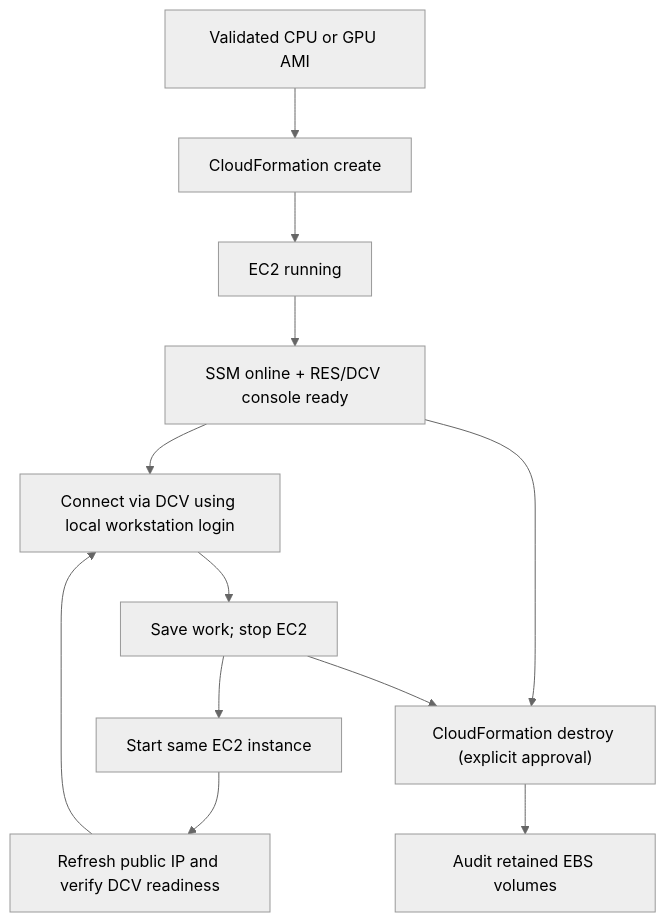
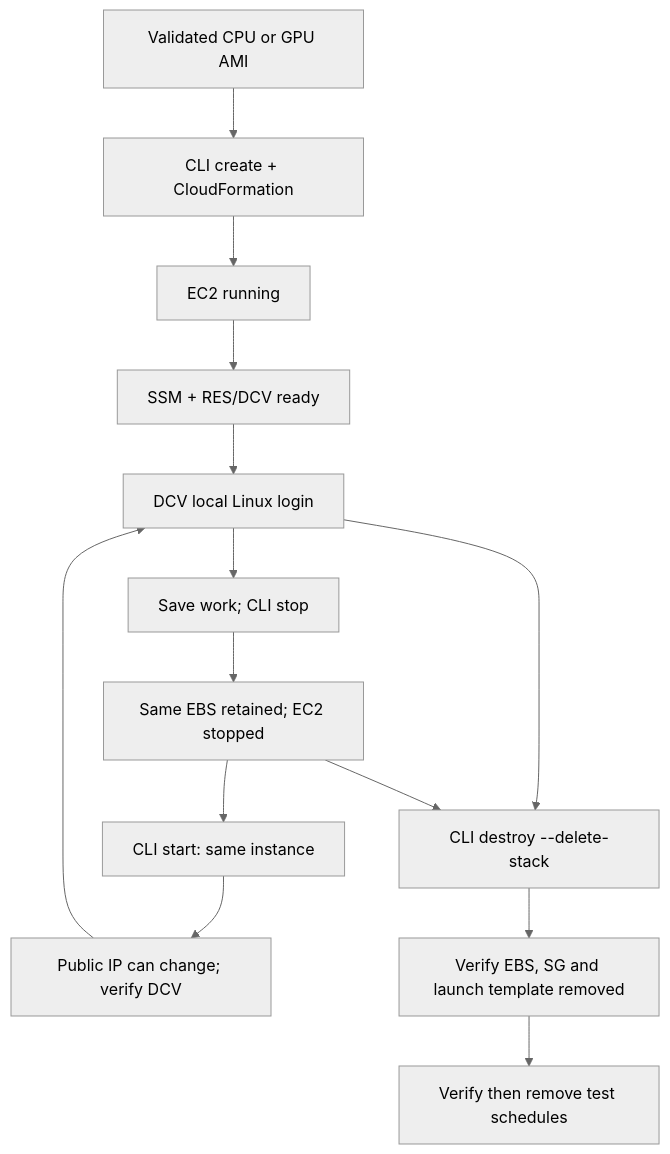
Before and after one commit to vision-kwest/studio-workstation: the diagram in docs/workstation-lifecycle-visual.md, drawn with Mermaid (neutral theme). The commit also changed other lines of this file and 37 other files, not shown here.

First line of the commit message:
docs: update all guides after GPU CLI PR #65 acceptance

````diff
--- a/docs/workstation-lifecycle-visual.md
+++ b/docs/workstation-lifecycle-visual.md
@@ -5,14 +5,16 @@
 ```mermaid
 flowchart TD
-  AMI["Validated CPU or GPU AMI"] --> Create["CloudFormation create"]
+  AMI["Validated CPU or GPU AMI"] --> Create["CLI create + CloudFormation"]
   Create --> Running["EC2 running"]
-  Running --> Ready["SSM online + RES/DCV console ready"]
-  Ready --> Connect["Connect via DCV using local workstation login"]
-  Connect --> Stop["Save work; stop EC2"]
-  Stop --> Start["Start same EC2 instance"]
-  Start --> IP["Refresh public IP and verify DCV readiness"]
+  Running --> Ready["SSM + RES/DCV ready"]
+  Ready --> Connect["DCV local Linux login"]
+  Connect --> Stop["Save work; CLI stop"]
+  Stop --> Stopped["Same EBS retained; EC2 stopped"]
+  Stopped --> Start["CLI start: same instance"]
+  Start --> IP["Public IP can change; verify DCV"]
   IP --> Connect
-  Ready --> Destroy["CloudFormation destroy (explicit approval)"]
-  Stop --> Destroy
-  Destroy --> EBS["Audit retained EBS volumes"]
+  Connect --> Destroy["CLI destroy --delete-stack"]
+  Stopped --> Destroy
+  Destroy --> EBS["Verify EBS, SG and launch template removed"]
+  EBS --> Schedules["Verify then remove test schedules"]
 ```
````
